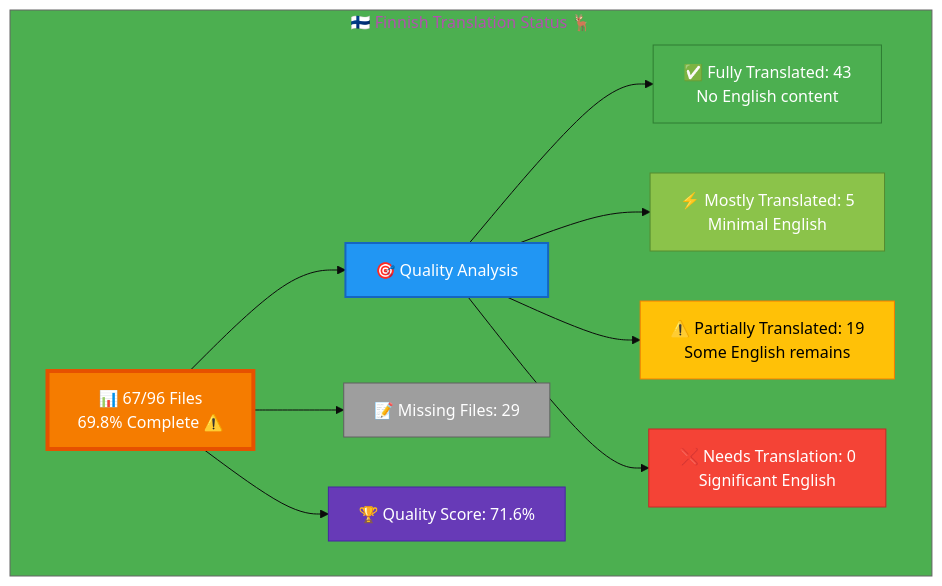
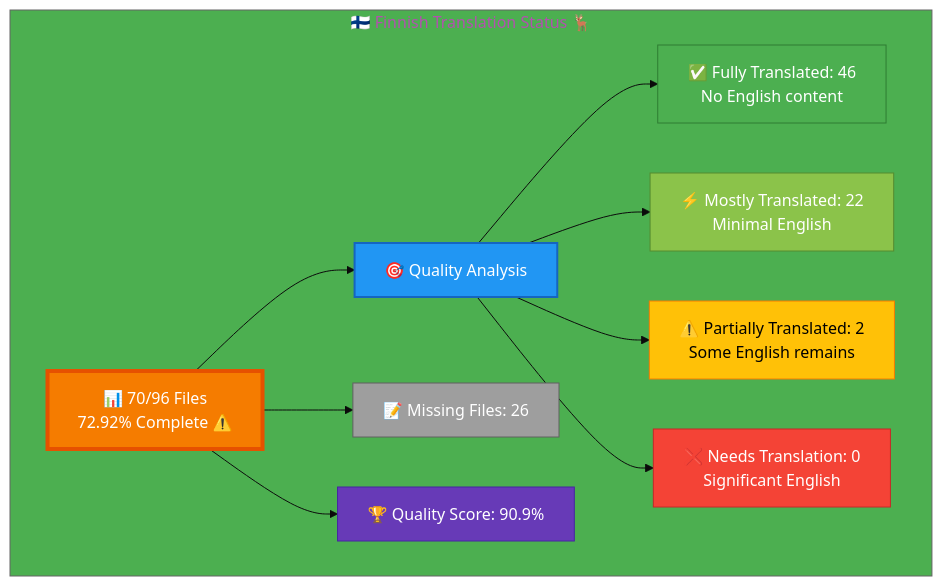
Before and after one commit to Hack23/homepage: the diagram in Finnish-Translation-Status.md, drawn with Mermaid. The commit also changed other lines of this file and 9 other files, not shown here.

````diff
--- a/Finnish-Translation-Status.md
+++ b/Finnish-Translation-Status.md
@@ -23,26 +12,26 @@
 ```mermaid
 %%{init: {'theme':'base', 'themeVariables': {'primaryColor':'#F57C00','secondaryColor':'#2196F3','tertiaryColor':'#4CAF50','fontSize':'16px'}}}%%
 graph TB
     subgraph "🇫🇮 Finnish Translation Status 🦌"
-        A["📊 67/96 Files<br/>69.8% Complete ⚠️"]
+        A["📊 70/96 Files<br/>72.92% Complete ⚠️ "]
         
         A --> B["🎯 Quality Analysis"]
-        B --> C["✅ Fully Translated: 43<br/>No English content"]
-        B --> D["⚡ Mostly Translated: 5<br/>Minimal English"]
-        B --> E["⚠️  Partially Translated: 19<br/>Some English remains"]
+        B --> C["✅ Fully Translated: 46<br/>No English content"]
+        B --> D["⚡ Mostly Translated: 22<br/>Minimal English"]
+        B --> E["⚠️  Partially Translated: 2<br/>Some English remains"]
         B --> F["❌ Needs Translation: 0<br/>Significant English"]
         
-        A --> G["📝 Missing Files: 29"]
+        A --> G["📝 Missing Files: 26"]
         
-        A --> H["🏆 Quality Score: 71.6%"]
+        A --> H["🏆 Quality Score: 90.9%"]
         
         style A fill:#F57C00,stroke:#E65100,color:#fff,stroke-width:4px
         style B fill:#2196F3,stroke:#1565C0,color:#fff,stroke-width:2px
         style C fill:#4CAF50,stroke:#2E7D32,color:#fff
         style D fill:#8BC34A,stroke:#558B2F,color:#fff
         style E fill:#FFC107,stroke:#F57C00,color:#000
         style F fill:#F44336,stroke:#C62828,color:#fff
         style G fill:#9E9E9E,stroke:#616161,color:#fff
         style H fill:#673AB7,stroke:#4527A0,color:#fff
     end
 ```
````
